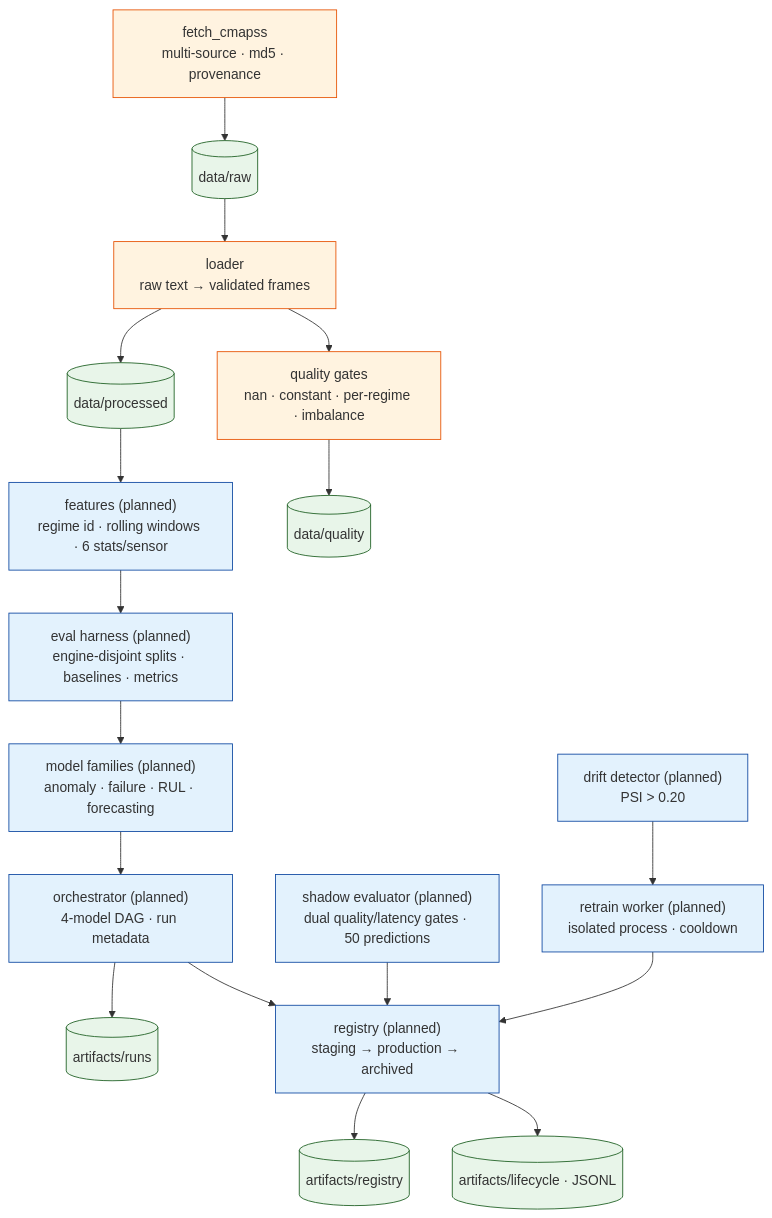
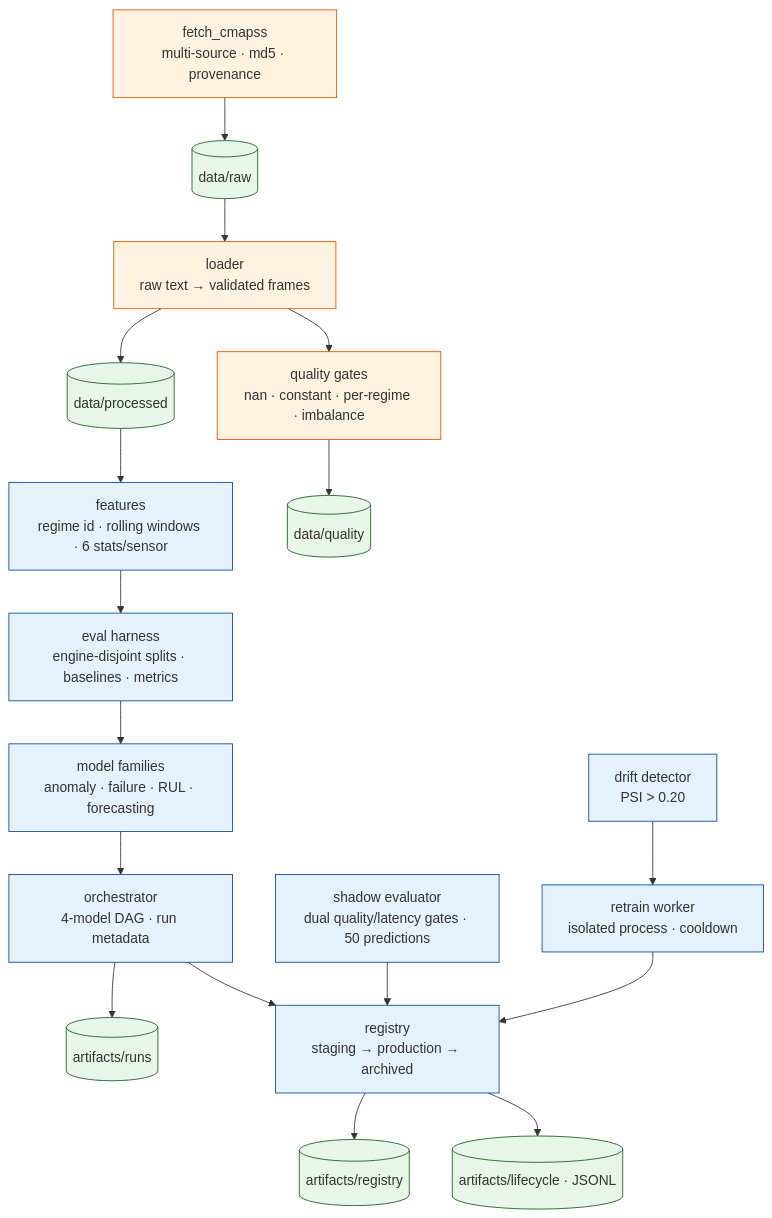
Before and after one commit to Caephas/O-G-industrial-ml-pipeline: the third of 8 diagrams in docs/architecture.md, drawn with Mermaid. The commit also changed other lines of this file and 31 other files, not shown here.

````diff
--- a/docs/architecture.md
+++ b/docs/architecture.md
@@ -115,46 +113,46 @@
 ```mermaid
 flowchart TB
     classDef io fill:#fff3e0,stroke:#e65100,stroke-width:1px
     classDef core fill:#e3f2fd,stroke:#0d47a1,stroke-width:1px
     classDef store fill:#e8f5e9,stroke:#1b5e20,stroke-width:1px
 
     fetch["fetch_cmapss<br/>multi-source · md5 · provenance"]
     loader["loader<br/>raw text → validated frames"]
     quality["quality gates<br/>nan · constant · per-regime · imbalance"]
-    features["features (planned)<br/>regime id · rolling windows · 6 stats/sensor"]
-    splitter["eval harness (planned)<br/>engine-disjoint splits · baselines · metrics"]
-    models["model families (planned)<br/>anomaly · failure · RUL · forecasting"]
-    orchestrator["orchestrator (planned)<br/>4-model DAG · run metadata"]
-    registry["registry (planned)<br/>staging → production → archived"]
-    drift["drift detector (planned)<br/>PSI > 0.20"]
-    shadow["shadow evaluator (planned)<br/>dual quality/latency gates · 50 predictions"]
-    trainer["retrain worker (planned)<br/>isolated process · cooldown"]
+    features["features<br/>regime id · rolling windows · 6 stats/sensor"]
+    splitter["eval harness<br/>engine-disjoint splits · baselines · metrics"]
+    models["model families<br/>anomaly · failure · RUL · forecasting"]
+    orchestrator["orchestrator<br/>4-model DAG · run metadata"]
+    registry["registry<br/>staging → production → archived"]
+    drift["drift detector<br/>PSI > 0.20"]
+    shadow["shadow evaluator<br/>dual quality/latency gates · 50 predictions"]
+    trainer["retrain worker<br/>isolated process · cooldown"]
 
     raw[("data/raw")]
     processed[("data/processed")]
     reports[("data/quality")]
     artifacts[("artifacts/runs")]
     reg_store[("artifacts/registry")]
     events[("artifacts/lifecycle · JSONL")]
 
     fetch --> raw
     raw --> loader
     loader --> processed
     loader --> quality
     quality --> reports
     processed --> features
     features --> splitter
     splitter --> models
     models --> orchestrator
     orchestrator --> artifacts
     orchestrator --> registry
     registry --> reg_store
     drift --> trainer
     shadow --> registry
     trainer --> registry
     registry --> events
 
     class fetch,loader,quality io
     class features,splitter,models,orchestrator,registry,drift,shadow,trainer core
     class raw,processed,reports,artifacts,reg_store,events store
 ```
````
